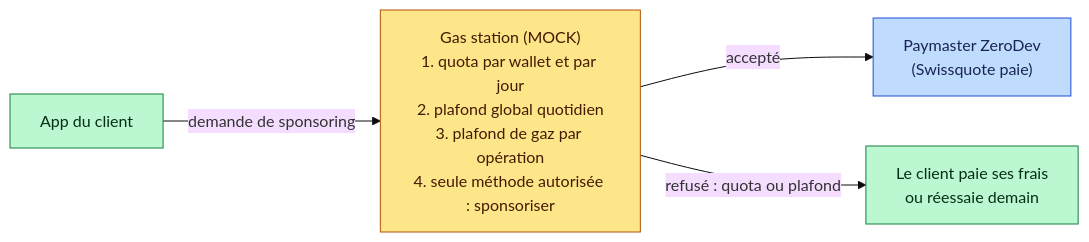
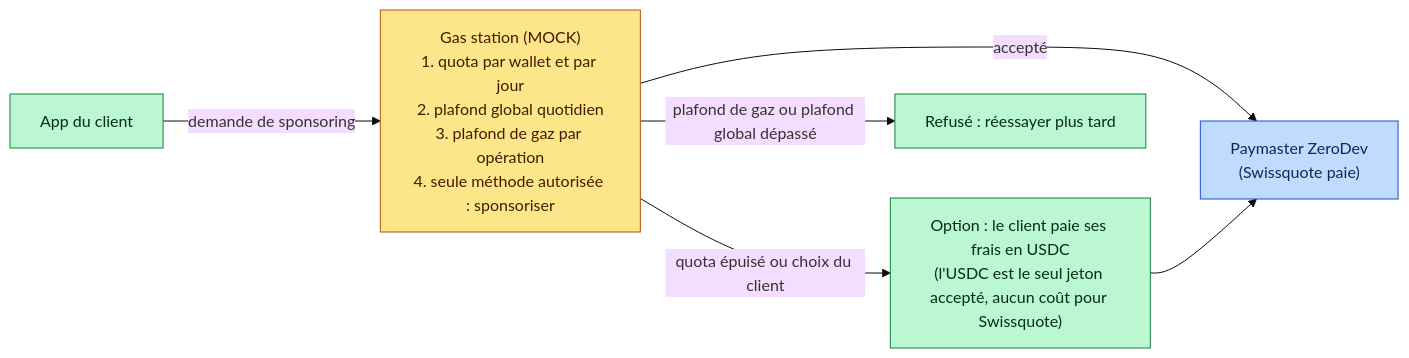
The seventh of 7 diagrams in docs/ARCHITECTURE.md (Moussa-dme/swissquote-wallet), drawn with Mermaid (base theme) before and after one commit. The commit also changed 10 other files, not shown here.

Commit message:
Frais payés en USDC: test réel validé, autorisation de 5 USDC, marge de solde; documentation et coût mesuré

````diff
--- a/docs/ARCHITECTURE.md
+++ b/docs/ARCHITECTURE.md
@@ -165,9 +165,11 @@
 ```mermaid
 flowchart LR
     classDef real fill:#bbf7d0,stroke:#15803d,color:#052e16
     classDef mock fill:#fde68a,stroke:#b45309,color:#451a03
     classDef ext fill:#bfdbfe,stroke:#1d4ed8,color:#172554
     APP["App du client"]:::real -->|"demande de sponsoring"| G["Gas station (MOCK)<br/>1. quota par wallet et par jour<br/>2. plafond global quotidien<br/>3. plafond de gaz par opération<br/>4. seule méthode autorisée : sponsoriser"]:::mock
     G -->|"accepté"| P["Paymaster ZeroDev<br/>(Swissquote paie)"]:::ext
-    G -->|"refusé : quota ou plafond"| N["Le client paie ses frais<br/>ou réessaie demain"]:::real
+    G -->|"quota épuisé ou choix du client"| U["Option : le client paie ses frais en USDC<br/>(l'USDC est le seul jeton accepté, aucun coût pour Swissquote)"]:::real
+    U --> P
+    G -->|"plafond de gaz ou plafond global dépassé"| N["Refusé : réessayer plus tard"]:::real
 ```
````
